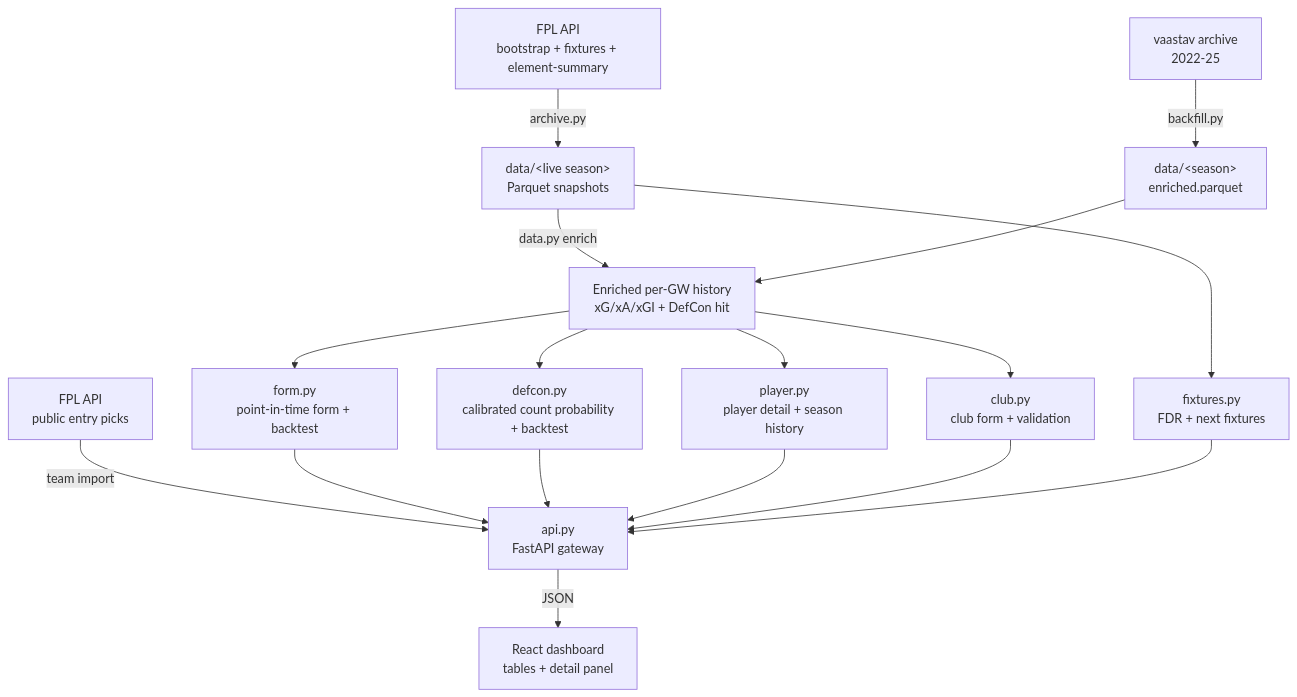
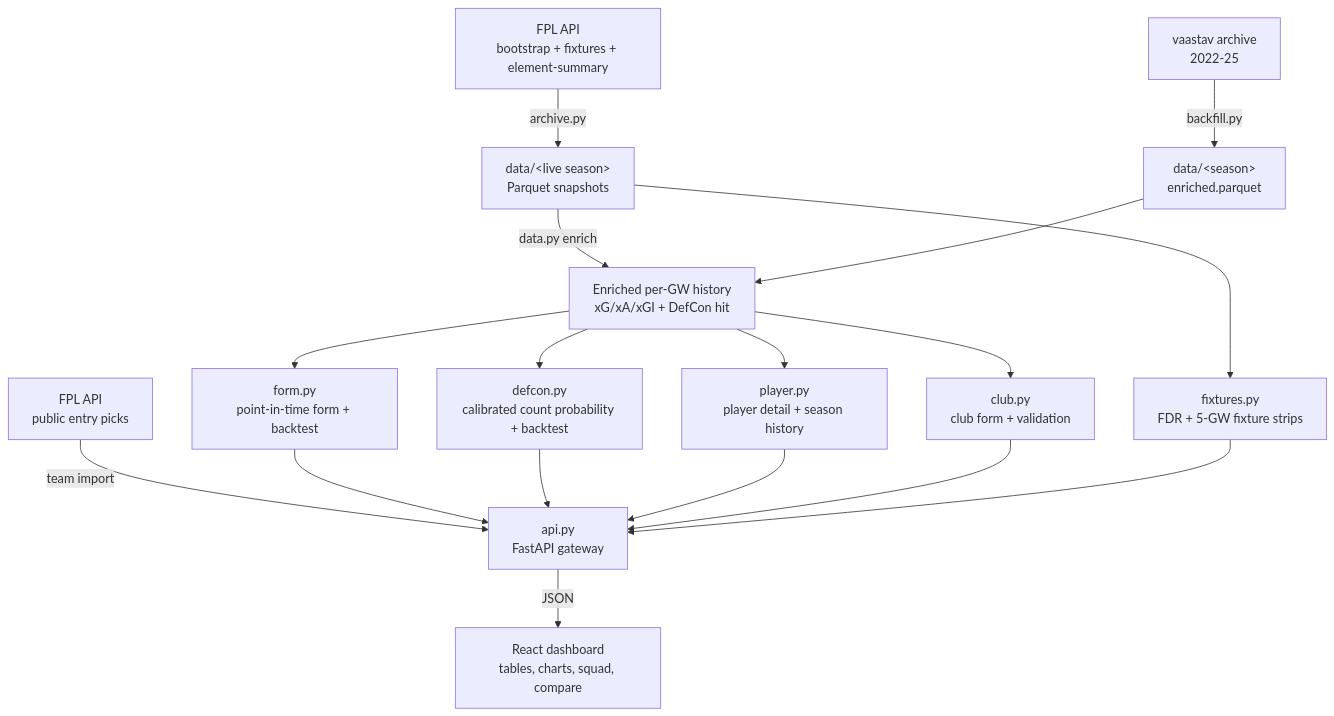
Before and after one commit to IsaacCheng9/fpl-analytics-engine: the diagram in README.md, drawn with Mermaid. The commit also changed other lines of this file, not shown here.

````diff
--- a/README.md
+++ b/README.md
@@ -390,19 +426,19 @@
 ```mermaid
 flowchart TD
     fpl[FPL API<br/>bootstrap + fixtures + element-summary] -->|archive.py| snap[data/&lt;live season&gt;<br/>Parquet snapshots]
     picks[FPL API<br/>public entry picks] -->|team import| api
     vaastav[vaastav archive<br/>2022-25] -->|backfill.py| hist[data/&lt;season&gt;<br/>enriched.parquet]
     snap -->|data.py enrich| enriched[Enriched per-GW history<br/>xG/xA/xGI + DefCon hit]
     hist --> enriched
     enriched --> formmod[form.py<br/>point-in-time form + backtest]
     enriched --> defconmod[defcon.py<br/>calibrated count probability + backtest]
     enriched --> playermod[player.py<br/>player detail + season history]
     enriched --> clubmod[club.py<br/>club form + validation]
-    snap --> fixmod[fixtures.py<br/>FDR + next fixtures]
+    snap --> fixmod[fixtures.py<br/>FDR + 5-GW fixture strips]
     formmod --> api[api.py<br/>FastAPI gateway]
     defconmod --> api
     playermod --> api
     clubmod --> api
     fixmod --> api
-    api -->|JSON| ui[React dashboard<br/>tables + detail panel]
+    api -->|JSON| ui[React dashboard<br/>tables, charts, squad, compare]
 ```
````
